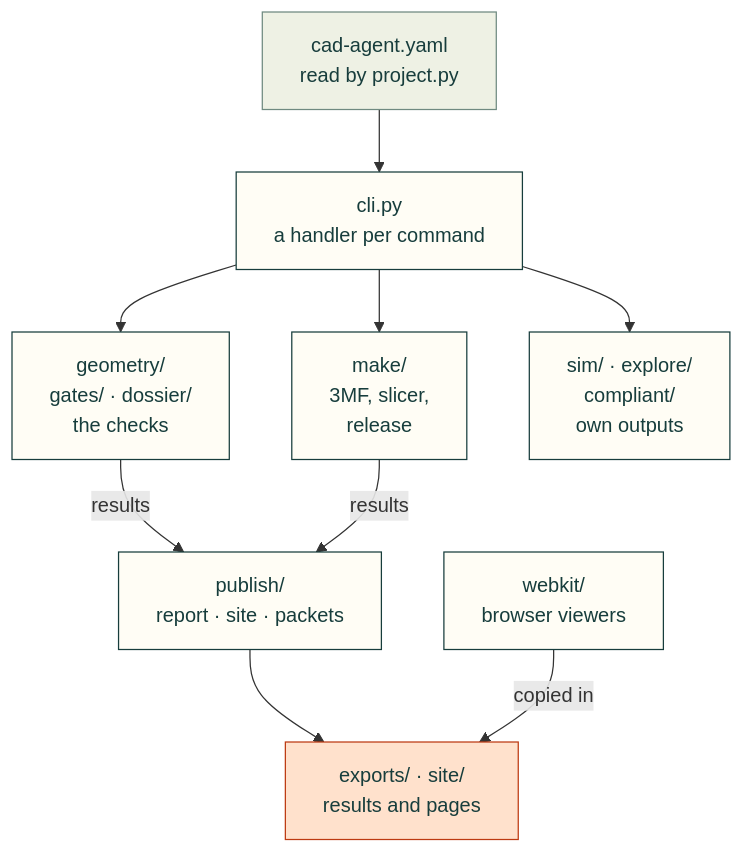
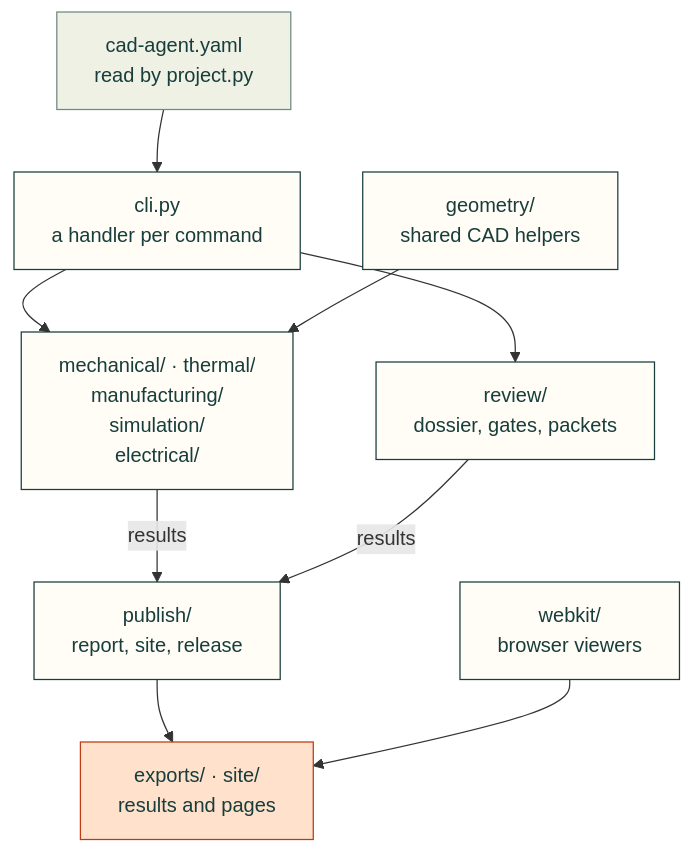
One commit to Valpatel/cad-agent changed the diagram in src/cadagent/README.md. Above: the diagram before and after it, drawn with Mermaid. The commit also changed other lines of this file and 184 other files, not shown here.

````diff
--- a/src/cadagent/README.md
+++ b/src/cadagent/README.md
@@ -9,16 +12,16 @@
 ```mermaid
 flowchart TD
     Y["cad-agent.yaml<br/>read by project.py"] --> CLI["cli.py<br/>a handler per command"]
-    CLI --> CHK["geometry/<br/>gates/ · dossier/<br/>the checks"]
-    CLI --> MK["make/<br/>3MF, slicer,<br/>release"]
-    CLI --> OWN["sim/ · explore/<br/>compliant/<br/>own outputs"]
-    CHK & MK -->|"results"| P["publish/<br/>report · site · packets"]
-    P --> O["exports/ · site/<br/>results and pages"]
-    W["webkit/<br/>browser viewers"] -->|"copied in"| O
+    Y ~~~ G["geometry/<br/>shared CAD helpers"]
+    CLI & G --> DOM["mechanical/ · thermal/<br/>manufacturing/<br/>simulation/<br/>electrical/"]
+    CLI --> RV["review/<br/>dossier, gates, packets"]
+    DOM & RV -->|"results"| P["publish/<br/>report, site, release"]
+    RV ~~~ W["webkit/<br/>browser viewers"]
+    P & W --> O["exports/ · site/<br/>results and pages"]
     classDef here fill:#fffdf5,stroke:#173d3c,color:#173d3c
     classDef near fill:#eef1e4,stroke:#6f8a80,color:#173d3c
     classDef out fill:#ffe1cc,stroke:#bd3a12,color:#173d3c
-    class CLI,CHK,MK,OWN,P,W here
+    class CLI,G,DOM,RV,P,W here
     class Y near
     class O out
 ```
````
